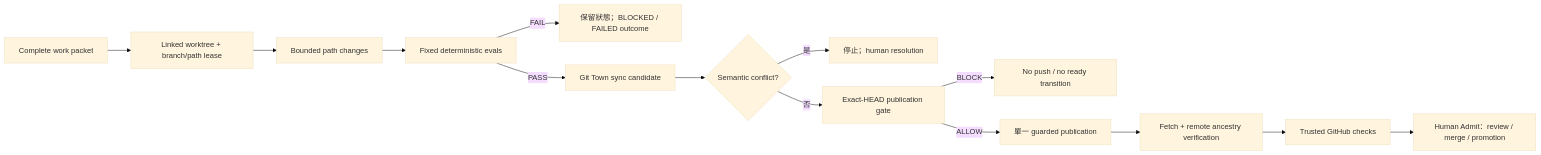
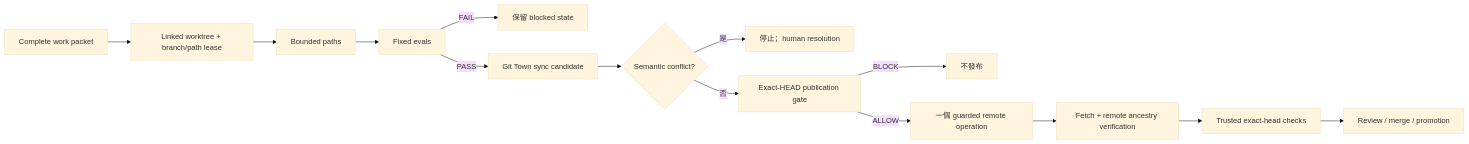
The fourth of 4 diagrams in README.zh-TW.md (ed3c/gym-come-true), drawn with Mermaid (base theme) before and after one commit. The commit also changed other lines of this file and 4 other files, not shown here.

````diff
--- a/README.zh-TW.md
+++ b/README.zh-TW.md
@@ -157,16 +155,16 @@
 ```mermaid
 flowchart LR
     Packet[Complete work packet] --> Lease[Linked worktree + branch/path lease]
-    Lease --> Edit[Bounded path changes]
-    Edit --> Eval[Fixed deterministic evals]
-    Eval -->|FAIL| Block[保留狀態；BLOCKED / FAILED outcome]
+    Lease --> Edit[Bounded paths]
+    Edit --> Eval[Fixed evals]
+    Eval -->|FAIL| Block[保留 blocked state]
     Eval -->|PASS| Sync[Git Town sync candidate]
     Sync --> Conflict{Semantic conflict?}
     Conflict -->|是| HumanConflict[停止；human resolution]
-    Conflict -->|否| PublishGate[Exact-HEAD publication gate]
-    PublishGate -->|BLOCK| Hold[No push / no ready transition]
-    PublishGate -->|ALLOW| Remote[單一 guarded publication]
+    Conflict -->|否| Gate[Exact-HEAD publication gate]
+    Gate -->|BLOCK| Hold[不發布]
+    Gate -->|ALLOW| Remote[一個 guarded remote operation]
     Remote --> Ancestry[Fetch + remote ancestry verification]
-    Ancestry --> Checks[Trusted GitHub checks]
-    Checks --> HumanAdmit[Human Admit：review / merge / promotion]
+    Ancestry --> Checks[Trusted exact-head checks]
+    Checks --> HumanAdmit[Review / merge / promotion]
 ```
````
